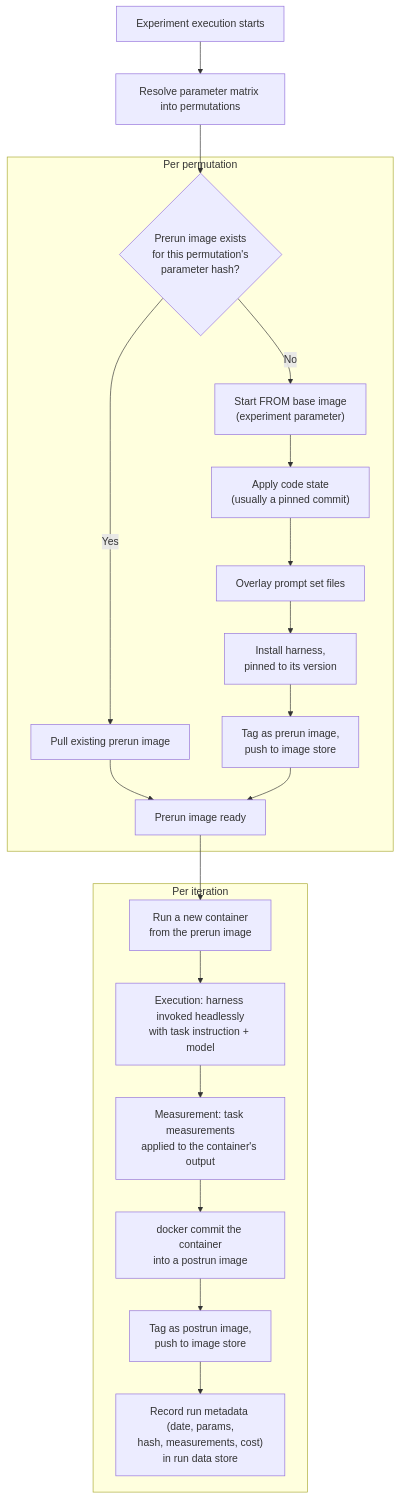
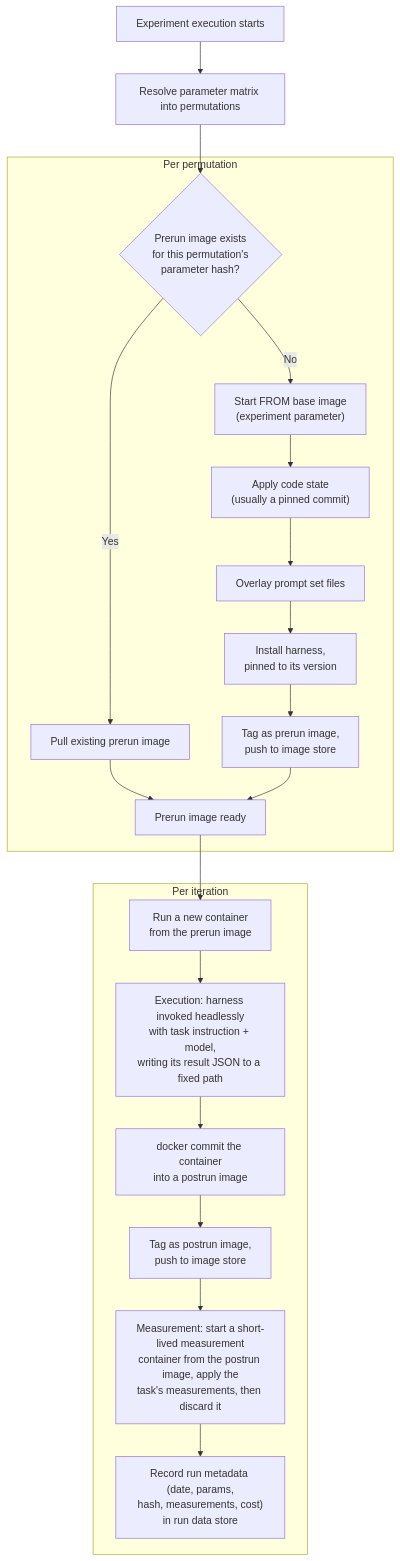
One commit to dwjohnston/thunderjar changed the diagram in 080-docker-execution.md. Above: the diagram before and after it, drawn with Mermaid. The commit also changed other lines of this file and 8 other files, not shown here.

````diff
--- a/080-docker-execution.md
+++ b/080-docker-execution.md
@@ -11,28 +11,28 @@
 ```mermaid
 flowchart TD
     A["Experiment execution starts"] --> B["Resolve parameter matrix into permutations"]
     B --> C
 
     subgraph PERM["Per permutation"]
         C{"Prerun image exists<br/>for this permutation's<br/>parameter hash?"}
         C -- Yes --> D["Pull existing prerun image"]
         C -- No --> E["Start FROM base image<br/>(experiment parameter)"]
         E --> F["Apply code state<br/>(usually a pinned commit)"]
         F --> G["Overlay prompt set files"]
         G --> H["Install harness,<br/>pinned to its version"]
         H --> I["Tag as prerun image,<br/>push to image store"]
         D --> J["Prerun image ready"]
         I --> J
     end
 
     subgraph ITER["Per iteration"]
         K["Run a new container<br/>from the prerun image"]
-        K --> L["Execution: harness invoked headlessly<br/>with task instruction + model"]
-        L --> M["Measurement: task measurements<br/>applied to the container's output"]
-        M --> N["docker commit the container<br/>into a postrun image"]
-        N --> O["Tag as postrun image,<br/>push to image store"]
+        K --> L["Execution: harness invoked headlessly<br/>with task instruction + model,<br/>writing its result JSON to a fixed path"]
+        L --> M["docker commit the container<br/>into a postrun image"]
+        M --> N["Tag as postrun image,<br/>push to image store"]
+        N --> O["Measurement: start a short-lived measurement<br/>container from the postrun image, apply the<br/>task's measurements, then discard it"]
         O --> P["Record run metadata (date, params,<br/>hash, measurements, cost)<br/>in run data store"]
     end
 
     J --> K
 ```
````
